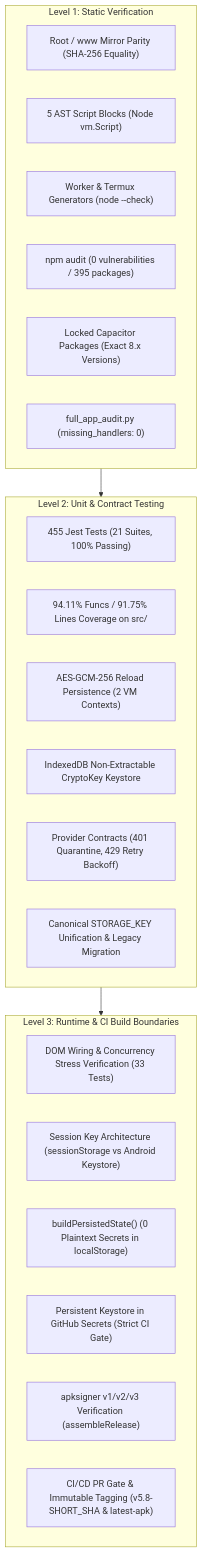
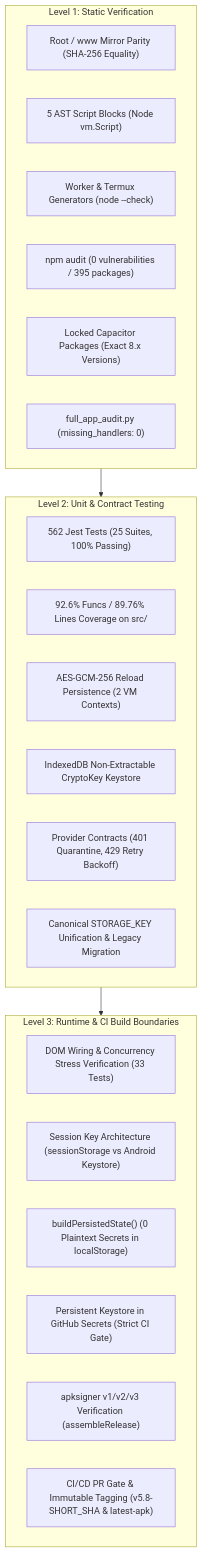
One commit to dicardotr46-max/EG-Nexus-OS changed the first of 2 diagrams in AUDIT_REPORT.md. Above: the diagram before and after it, drawn with Mermaid. The commit also changed other lines of this file and 36 other files, not shown here.

````diff
--- a/AUDIT_REPORT.md
+++ b/AUDIT_REPORT.md
@@ -21,32 +21,32 @@
 ```mermaid
 flowchart TD
     subgraph LEVEL_1["Level 1: Static Verification"]
         PARITY["Root / www Mirror Parity (SHA-256 Equality)"]
         AST["5 AST Script Blocks (Node vm.Script)"]
         TMPL["Worker & Termux Generators (node --check)"]
         NPM["npm audit (0 vulnerabilities / 395 packages)"]
         PINS["Locked Capacitor Packages (Exact 8.x Versions)"]
         PARSER["full_app_audit.py (missing_handlers: 0)"]
     end
 
     subgraph LEVEL_2["Level 2: Unit & Contract Testing"]
-        JEST["455 Jest Tests (21 Suites, 100% Passing)"]
-        COV["94.11% Funcs / 91.75% Lines Coverage on src/"]
+        JEST["562 Jest Tests (25 Suites, 100% Passing)"]
+        COV["92.6% Funcs / 89.76% Lines Coverage on src/"]
         RELOAD["AES-GCM-256 Reload Persistence (2 VM Contexts)"]
         IDB_KEY["IndexedDB Non-Extractable CryptoKey Keystore"]
         PROVIDER["Provider Contracts (401 Quarantine, 429 Retry Backoff)"]
         STORAGE_UNIF["Canonical STORAGE_KEY Unification & Legacy Migration"]
     end
 
     subgraph LEVEL_3["Level 3: Runtime & CI Build Boundaries"]
         DOM_WIRING["DOM Wiring & Concurrency Stress Verification (33 Tests)"]
         SESSION["Session Key Architecture (sessionStorage vs Android Keystore)"]
         STRIP["buildPersistedState() (0 Plaintext Secrets in localStorage)"]
         SECRETS_GATE["Persistent Keystore in GitHub Secrets (Strict CI Gate)"]
         SIGN["apksigner v1/v2/v3 Verification (assembleRelease)"]
         GATE["CI/CD PR Gate & Immutable Tagging (v5.8-SHORT_SHA & latest-apk)"]
     end
 
     LEVEL_1 --> LEVEL_2
     LEVEL_2 --> LEVEL_3
 ```
````
